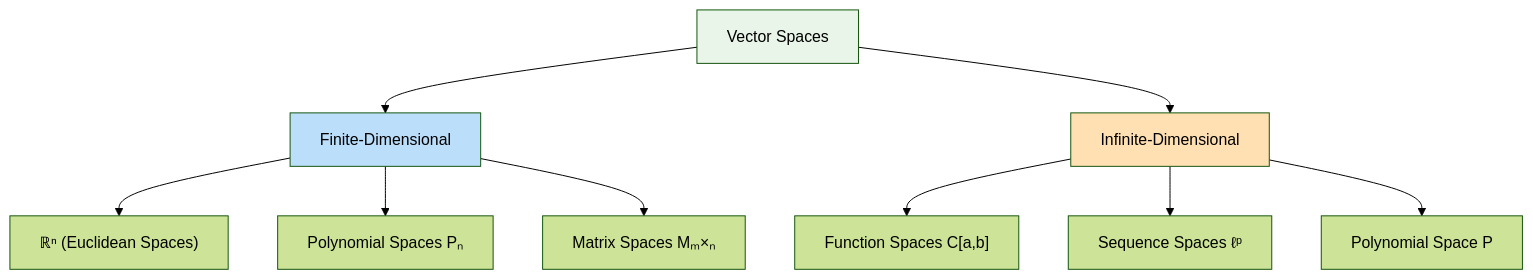
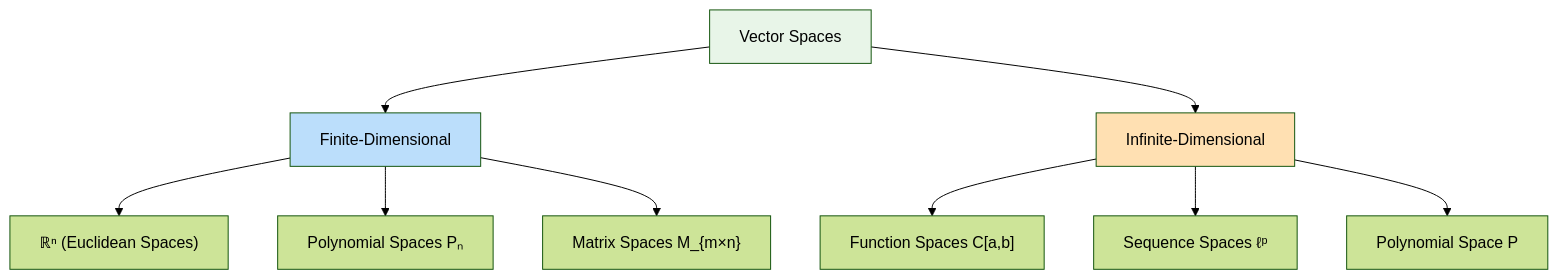
The third of 6 diagrams in C_0.md (Chaklader/flower-image-classifier), drawn with Mermaid (forest theme) before and after one commit. The commit also changed other lines of this file and 3 other files, not shown here.

````diff
--- a/C_0.md
+++ b/C_0.md
@@ -243,17 +393,17 @@
 ```mermaid
 graph TD
     A["Vector Spaces"] --> B["Finite-Dimensional"]
     A --> C["Infinite-Dimensional"]
 
     B --> D["ℝⁿ (Euclidean Spaces)"]
     B --> E["Polynomial Spaces Pₙ"]
-    B --> F["Matrix Spaces Mₘ×ₙ"]
+    B --> F["Matrix Spaces M_{m×n}"]
 
     C --> G["Function Spaces C[a,b]"]
     C --> H["Sequence Spaces ℓᵖ"]
     C --> I["Polynomial Space P"]
 
     style A fill:#E8F5E8
     style B fill:#BBDEFB
     style C fill:#FFE0B2
 ```
````
